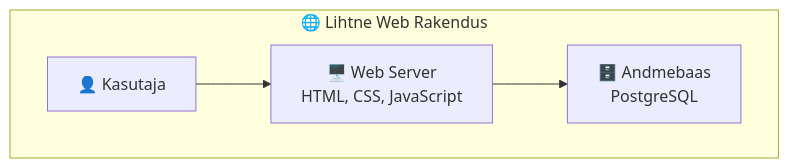
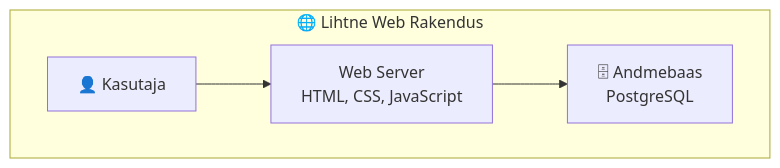
One commit to mtalvik/automation changed the second of 3 diagrams in docs/terraform_basics/lecture.md. Above: the diagram before and after it, drawn with Mermaid. The commit also changed other lines of this file and 168 other files, not shown here.

````diff
--- a/docs/terraform_basics/lecture.md
+++ b/docs/terraform_basics/lecture.md
@@ -79,11 +79,11 @@
 ```mermaid
 graph TB
     subgraph "🌐 Lihtne Web Rakendus"
         User[👤 Kasutaja]
-        Web[🖥️ Web Server<br/>HTML, CSS, JavaScript]
-        DB[🗄️ Andmebaas<br/>PostgreSQL]
+        Web[ Web Server<br/>HTML, CSS, JavaScript]
+        DB[🗄 Andmebaas<br/>PostgreSQL]
     end
     
     User --> Web
     Web --> DB
 ```
````
